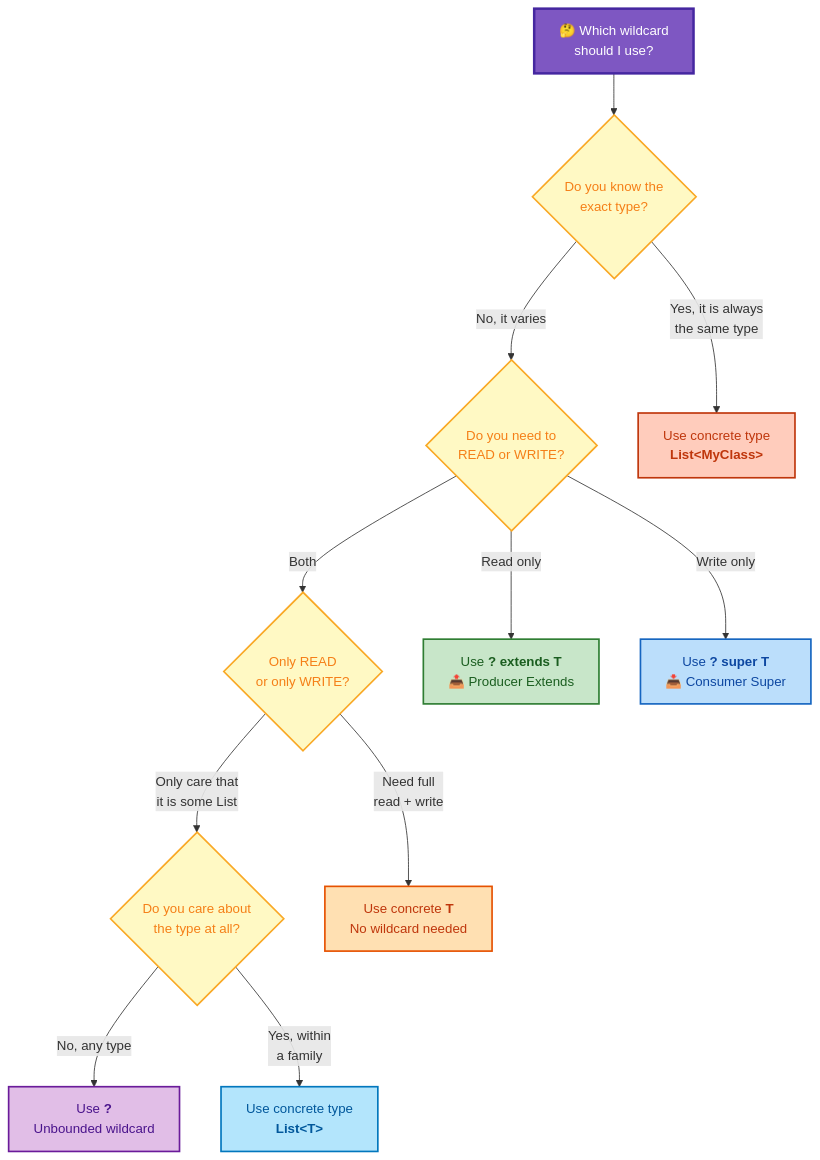
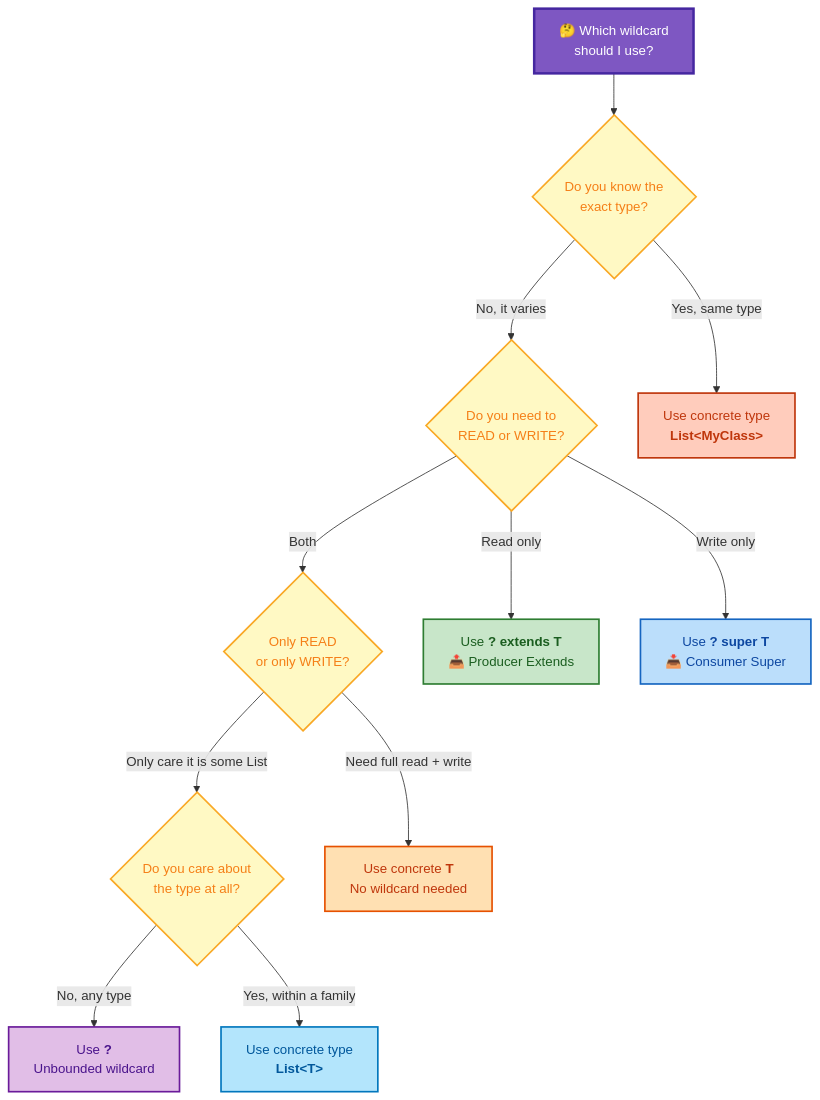
One commit to saivamsikaruturi/vamsilabs-dev-notes-main changed the fifth of 5 diagrams in docs/java/Generics.md. Above: the diagram before and after it, drawn with Mermaid. The commit also changed 68 other files, not shown here.

````diff
--- a/docs/java/Generics.md
+++ b/docs/java/Generics.md
@@ -420,38 +420,38 @@
 ```mermaid
 flowchart TD
     START["🤔 Which wildcard<br/>should I use?"]
     Q1{"Do you know the<br/>exact type?"}
     Q2{"Do you need to<br/>READ or WRITE?"}
     Q3{"Only READ<br/>or only WRITE?"}
     Q4{"Do you care about<br/>the type at all?"}
 
     A1["Use concrete type<br/><b>List&lt;T&gt;</b>"]
     A2["Use <b>? extends T</b><br/>📤 Producer Extends"]
     A3["Use <b>? super T</b><br/>📥 Consumer Super"]
     A4["Use concrete <b>T</b><br/>No wildcard needed"]
     A5["Use <b>?</b><br/>Unbounded wildcard"]
     A6["Use concrete type<br/><b>List&lt;MyClass&gt;</b>"]
 
     START --> Q1
-    Q1 -- "Yes, it is always<br/>the same type" --> A6
-    Q1 -- "No, it varies" --> Q2
-    Q2 -- "Read only" --> A2
-    Q2 -- "Write only" --> A3
-    Q2 -- "Both" --> Q3
-    Q3 -- "Need full<br/>read + write" --> A4
-    Q3 -- "Only care that<br/>it is some List" --> Q4
-    Q4 -- "No, any type" --> A5
-    Q4 -- "Yes, within<br/>a family" --> A1
+    Q1 -->|"Yes, same type"| A6
+    Q1 -->|"No, it varies"| Q2
+    Q2 -->|"Read only"| A2
+    Q2 -->|"Write only"| A3
+    Q2 -->|"Both"| Q3
+    Q3 -->|"Need full read + write"| A4
+    Q3 -->|"Only care it is some List"| Q4
+    Q4 -->|"No, any type"| A5
+    Q4 -->|"Yes, within a family"| A1
 
     style START fill:#7E57C2,stroke:#4527A0,stroke-width:3px,color:#FFFFFF
     style Q1 fill:#FFF9C4,stroke:#F9A825,stroke-width:2px,color:#F57F17
     style Q2 fill:#FFF9C4,stroke:#F9A825,stroke-width:2px,color:#F57F17
     style Q3 fill:#FFF9C4,stroke:#F9A825,stroke-width:2px,color:#F57F17
     style Q4 fill:#FFF9C4,stroke:#F9A825,stroke-width:2px,color:#F57F17
     style A1 fill:#B3E5FC,stroke:#0277BD,stroke-width:2px,color:#01579B
     style A2 fill:#C8E6C9,stroke:#2E7D32,stroke-width:2px,color:#1B5E20
     style A3 fill:#BBDEFB,stroke:#1565C0,stroke-width:2px,color:#0D47A1
     style A4 fill:#FFE0B2,stroke:#E65100,stroke-width:2px,color:#BF360C
     style A5 fill:#E1BEE7,stroke:#6A1B9A,stroke-width:2px,color:#4A148C
     style A6 fill:#FFCCBC,stroke:#BF360C,stroke-width:2px,color:#BF360C
 ```
````
